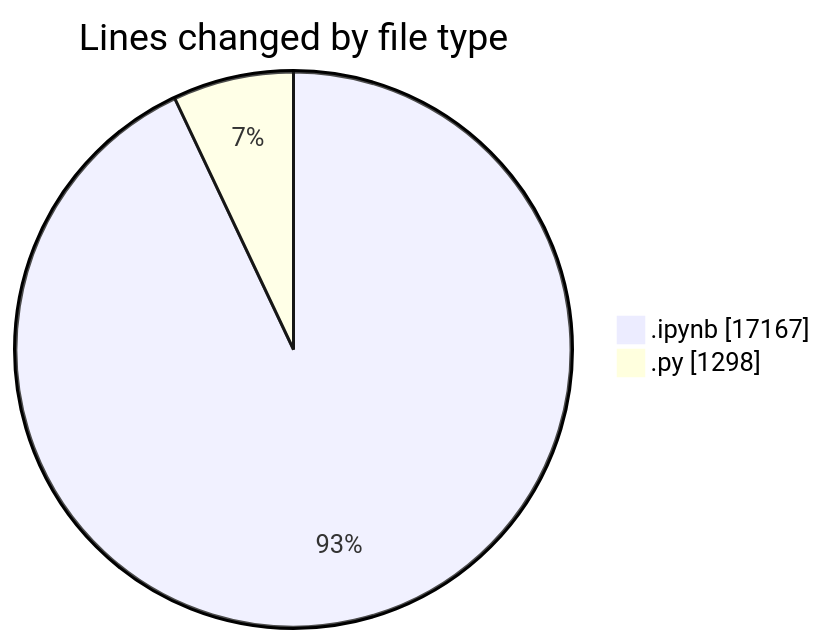
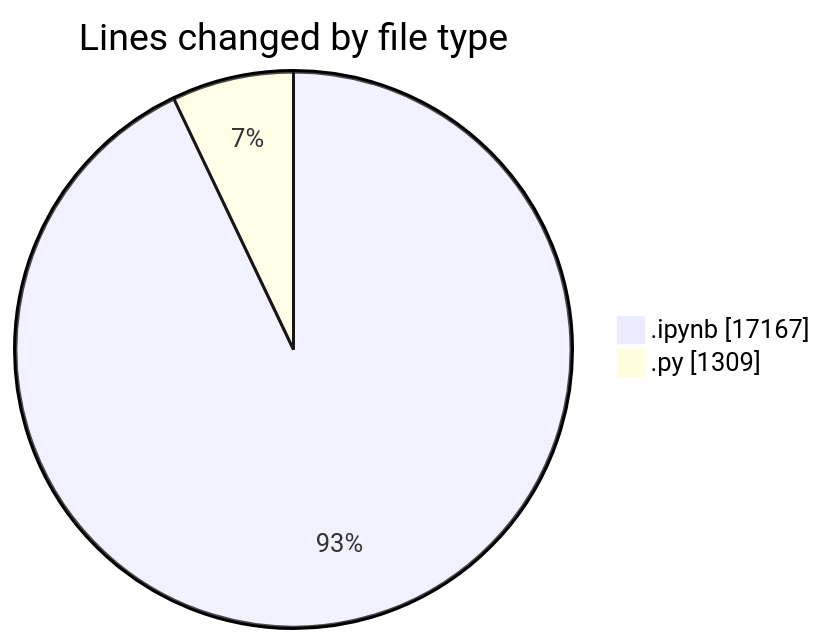
Before and after one commit to MatusMokan/code-tracking: the first of 2 diagrams in 2025-05-07/myws__workspace_/README.md, drawn with Mermaid. The commit also changed other lines of this file and 1 other file, not shown here.

````diff
--- a/2025-05-07/myws__workspace_/README.md
+++ b/2025-05-07/myws__workspace_/README.md
@@ -21,6 +21,6 @@
 ```mermaid
 pie showData
 title Lines changed by file type
 ".ipynb" : 17167
-".py" : 1298
+".py" : 1309
 ```
````
